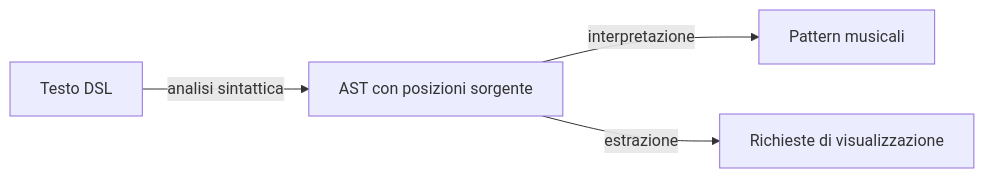
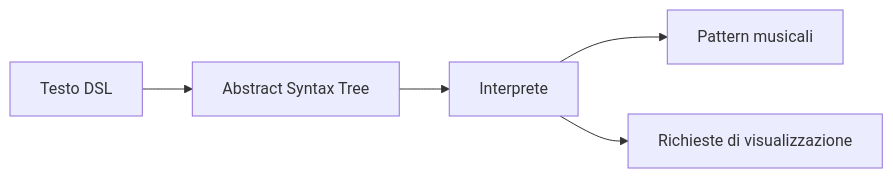
The first of 4 diagrams in docs/05-design-di-dettaglio.md (Morsu7/PPS-26-SoundCode), drawn with Mermaid before and after one commit. The commit also changed other lines of this file and 1 other file, not shown here.

````diff
--- a/docs/05-design-di-dettaglio.md
+++ b/docs/05-design-di-dettaglio.md
@@ -12,6 +17,13 @@
 ```mermaid
 flowchart LR
-    SRC[Testo DSL] -->|analisi sintattica| AST[AST con posizioni sorgente]
-    AST -->|interpretazione| PAT[Pattern musicali]
-    AST -->|estrazione| VR[Richieste di visualizzazione]
+    SRC[Testo DSL]
+    AST[Abstract Syntax Tree]
+    INT[Interprete]
+    PAT[Pattern musicali]
+    VIS[Richieste di visualizzazione]
+
+    SRC --> AST
+    AST --> INT
+    INT --> PAT
+    INT --> VIS
 ```
````
